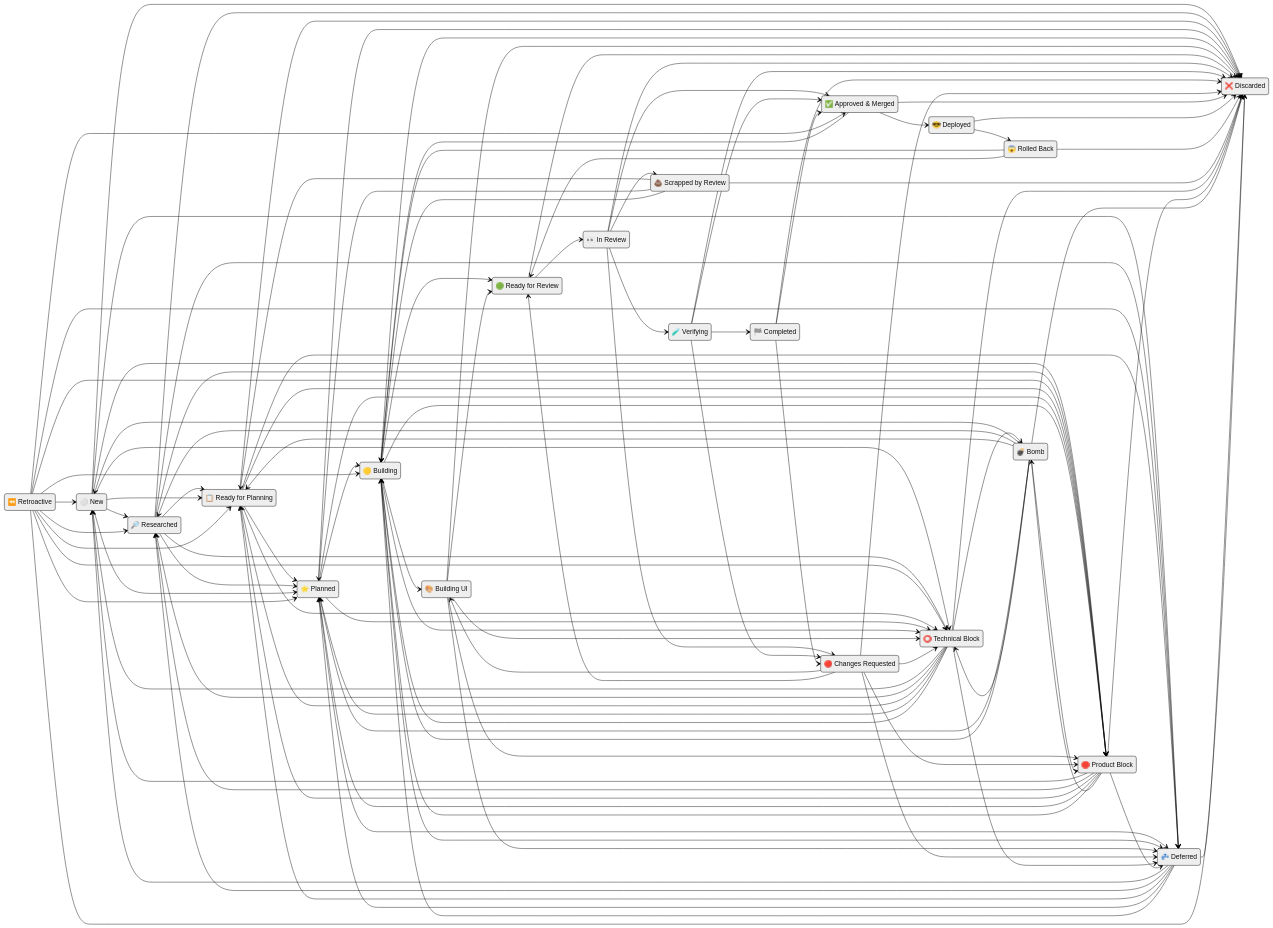
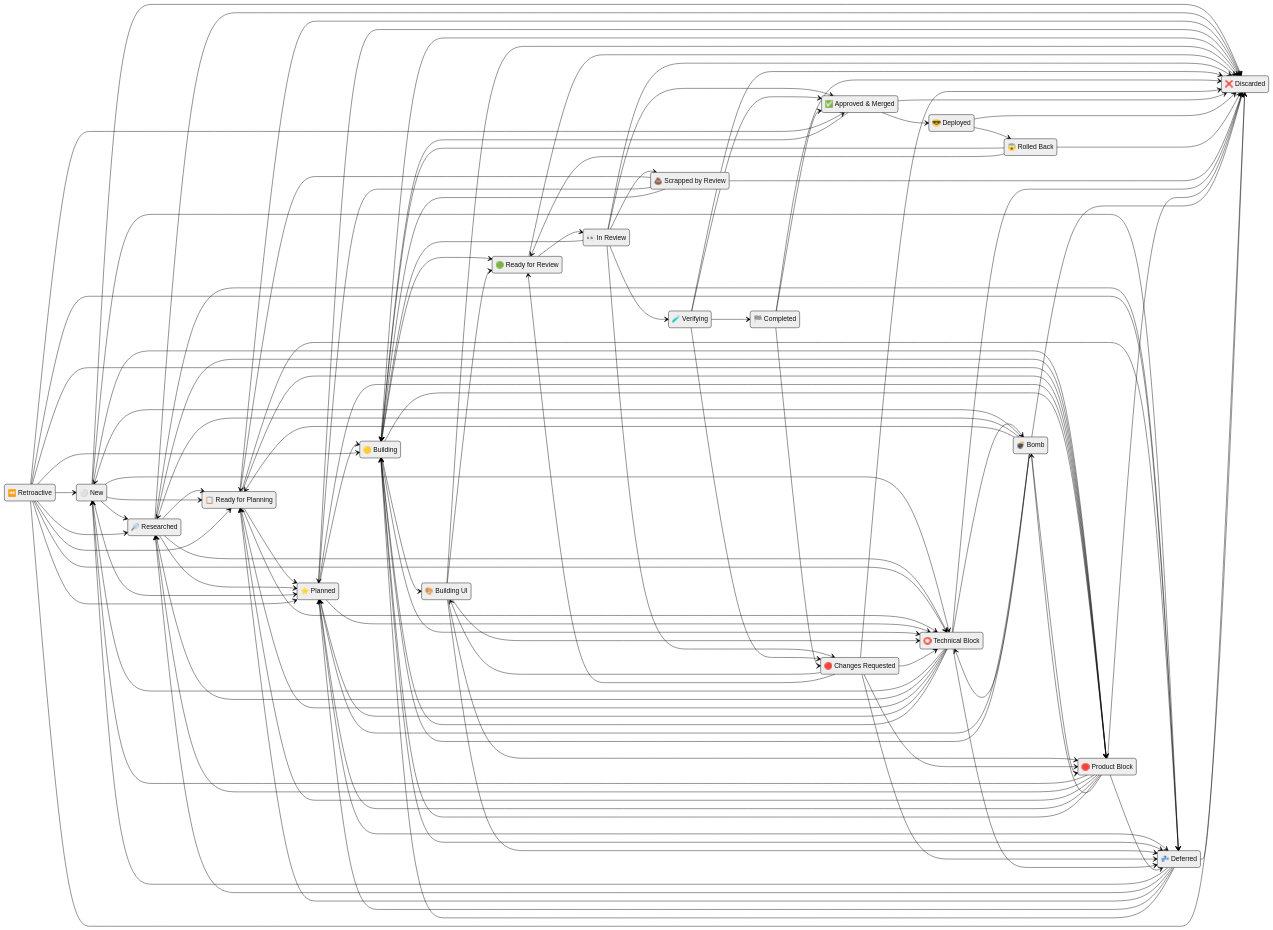
Before and after one commit to kigster/openlanes: the diagram in docs/WORKFLOW.md, drawn with Mermaid (neutral theme). The commit also changed other lines of this file and 8 other files, not shown here.

```diff
--- a/docs/WORKFLOW.md
+++ b/docs/WORKFLOW.md
@@ -224,6 +334,7 @@
     product_blocked --> building
     bomb --> building
     deferred --> building
+    in_review --> building
     building --> building_ui
     rejected --> building_ui
     building --> ready_for_review
```
